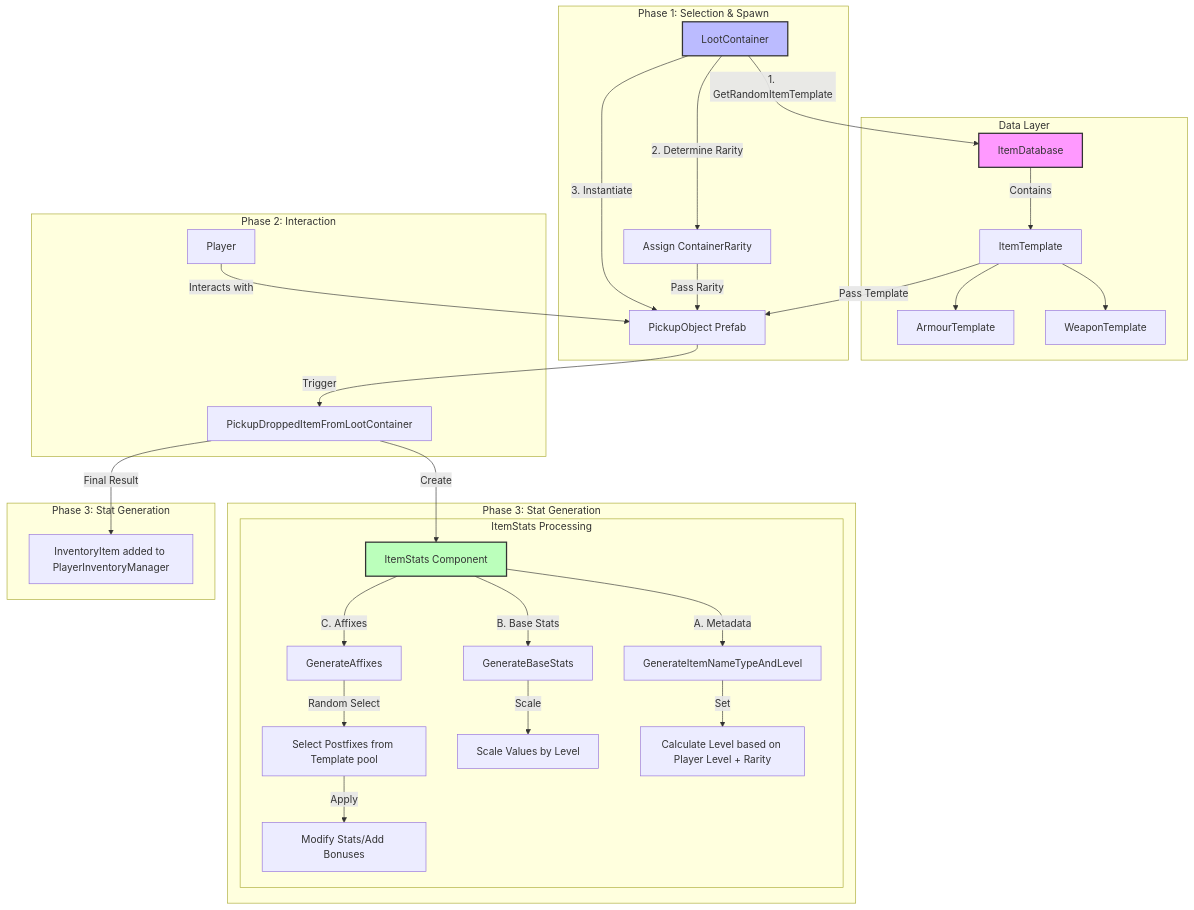
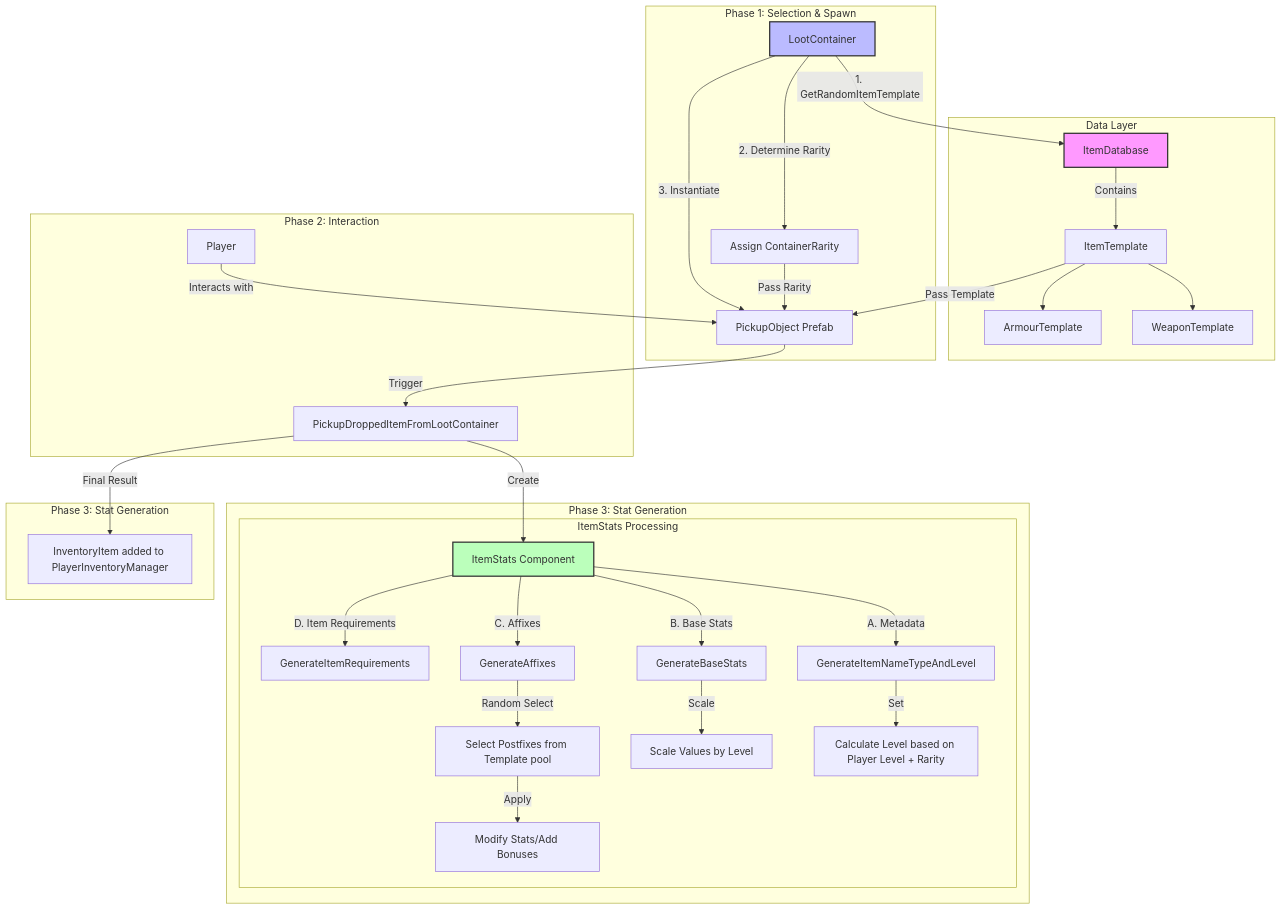
Before and after one commit to SilenceOfTheLambdas/Pyrite: the diagram in Project_Log.md, drawn with Mermaid. The commit also changed other lines of this file, not shown here.

````diff
--- a/Project_Log.md
+++ b/Project_Log.md
@@ -211,44 +221,46 @@
 ```mermaid
 graph TD
     subgraph Data Layer
         IDB[ItemDatabase] -->|Contains| IT[ItemTemplate]
         IT --> WT[WeaponTemplate]
         IT --> AT[ArmourTemplate]
     end
 
     subgraph Phase 1: Selection & Spawn
         LC[LootContainer] -->|1. GetRandomItemTemplate| IDB
         LC -->|2. Determine Rarity| LC_RAR[Assign ContainerRarity]
         LC -->|3. Instantiate| PO[PickupObject Prefab]
         LC_RAR -->|Pass Rarity| PO
         IT -->|Pass Template| PO
     end
 
     subgraph Phase 2: Interaction
         Player -->|Interacts with| PO
         PO -->|Trigger| PO_GEN[PickupDroppedItemFromLootContainer]
     end
 
     subgraph Phase 3: Stat Generation
         PO_GEN -->|Create| IS[ItemStats Component]
         
         subgraph ItemStats Processing
             IS -->|A. Metadata| GEN_META[GenerateItemNameTypeAndLevel]
             GEN_META -->|Set| LVL[Calculate Level based on Player Level + Rarity]
             
             IS -->|B. Base Stats| GEN_BASE[GenerateBaseStats]
             GEN_BASE -->|Scale| SC[Scale Values by Level]
             
             IS -->|C. Affixes| GEN_AFF[GenerateAffixes]
             GEN_AFF -->|Random Select| AF[Select Postfixes from Template pool]
             AF -->|Apply| AF_EFFECTS[Modify Stats/Add Bonuses]
+
+            IS -->|D. Item Requirements| A[GenerateItemRequirements]
         end
     end
 
     subgraph Phase 3: Stat Generation
         PO_GEN -->|Final Result| INV[InventoryItem added to PlayerInventoryManager]
     end
     style IDB fill:#f9f,stroke:#333,stroke-width:2px
     style LC fill:#bbf,stroke:#333,stroke-width:2px
     style IS fill:#bfb,stroke:#333,stroke-width:2px
 ```
````
